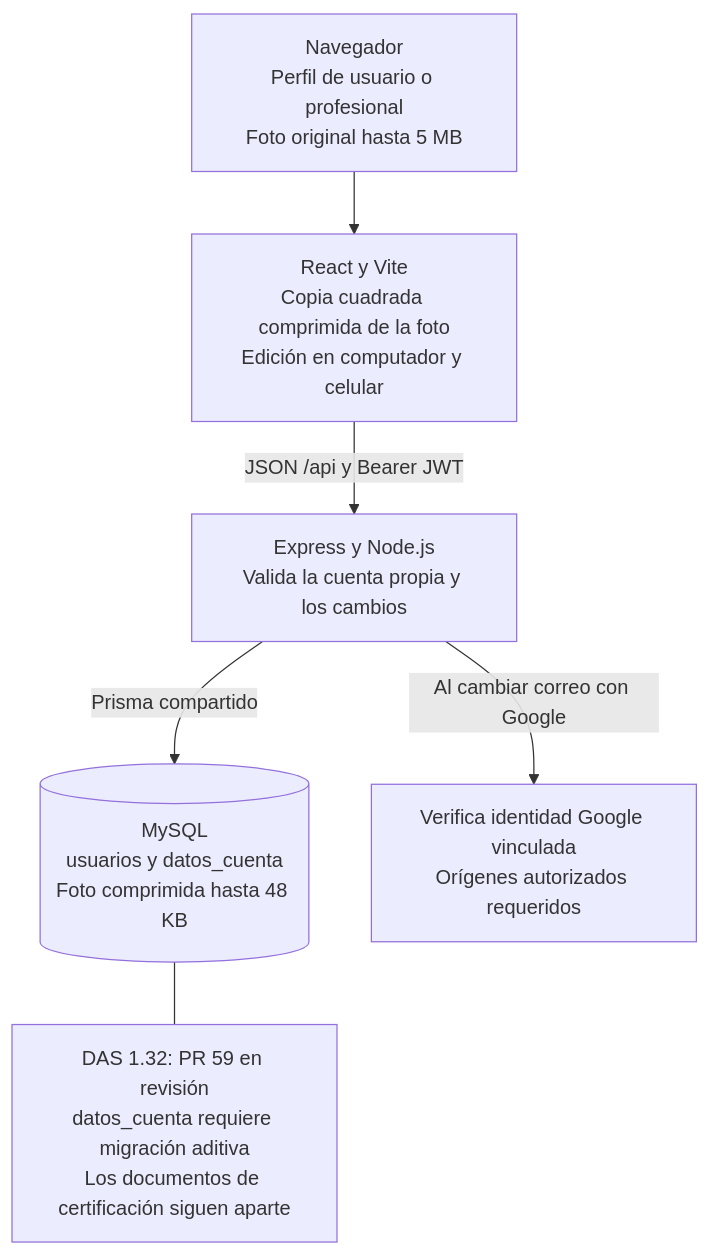
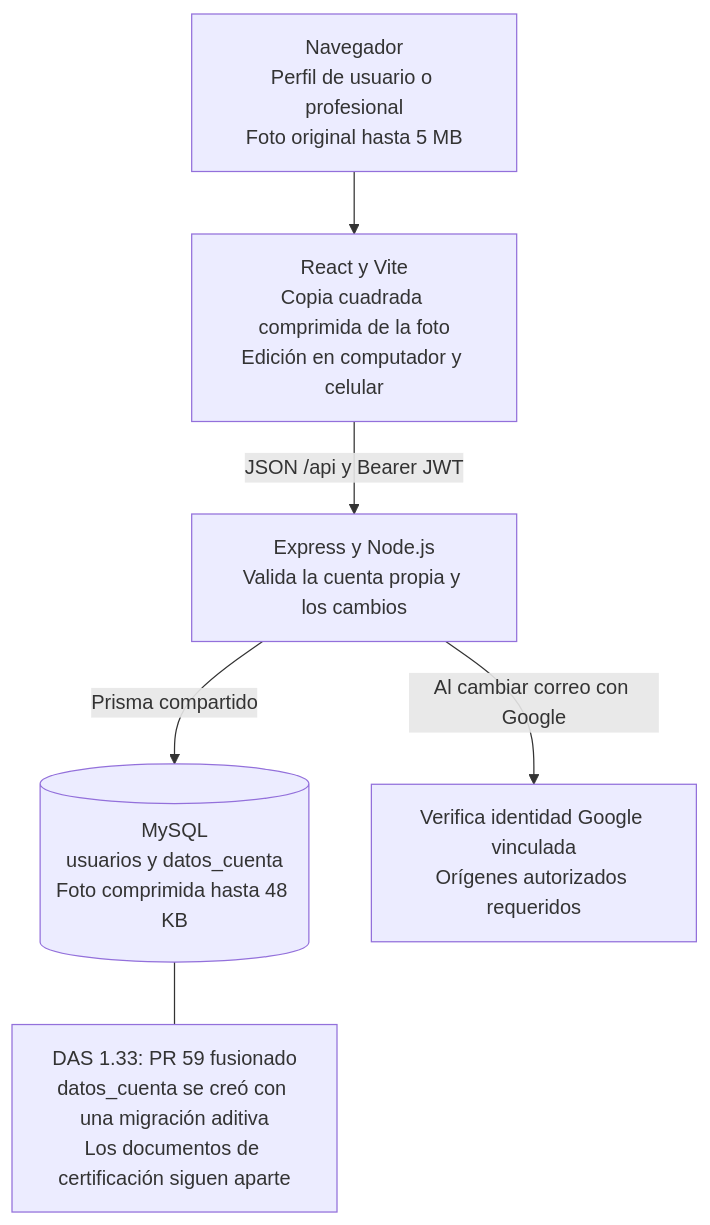
One commit to ncxlas/FitSearch changed the diagram in FASE 2/Evidencias Proyecto/Evidencias de documentación/Diagramas (Miro)/Actualización Sprint 3/Presentacion_DAS/08_Vista_Fisica_Resumen.mmd. Above: the diagram before and after it, drawn with Mermaid. The commit also changed 29 other files, not shown here.

First line of the commit message:
Actualiza los rótulos del PR 59 en los diagramas y en el DAS

```diff
--- a/FASE 2/Evidencias Proyecto/Evidencias de documentación/Diagramas (Miro)/Actualización Sprint 3/Presentacion_DAS/08_Vista_Fisica_Resumen.mmd
+++ b/FASE 2/Evidencias Proyecto/Evidencias de documentación/Diagramas (Miro)/Actualización Sprint 3/Presentacion_DAS/08_Vista_Fisica_Resumen.mmd
@@ -1,7 +1,7 @@
 flowchart TB
   F["Navegador<br/>Perfil de usuario o profesional<br/>Foto original hasta 5 MB"]
   F --> T["React y Vite<br/>Copia cuadrada comprimida de la foto<br/>Edición en computador y celular"]
   T -->|"JSON /api y Bearer JWT"| B["Express y Node.js<br/>Valida la cuenta propia y los cambios"]
   B -->|"Prisma compartido"| D[("MySQL<br/>usuarios y datos_cuenta<br/>Foto comprimida hasta 48 KB")]
   B -->|"Al cambiar correo con Google"| G["Verifica identidad Google vinculada<br/>Orígenes autorizados requeridos"]
-  D --- N["DAS 1.32: PR 59 en revisión<br/>datos_cuenta requiere migración aditiva<br/>Los documentos de certificación siguen aparte"]
+  D --- N["DAS 1.33: PR 59 fusionado<br/>datos_cuenta se creó con una migración aditiva<br/>Los documentos de certificación siguen aparte"]
```
